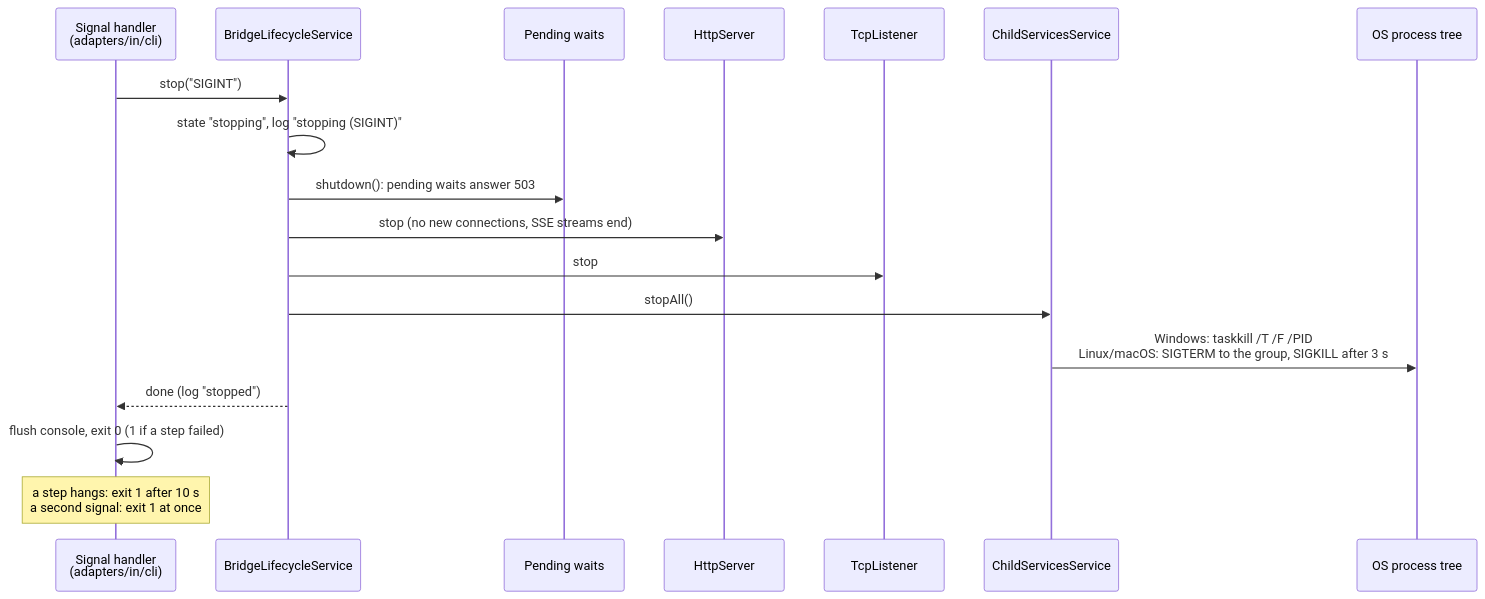
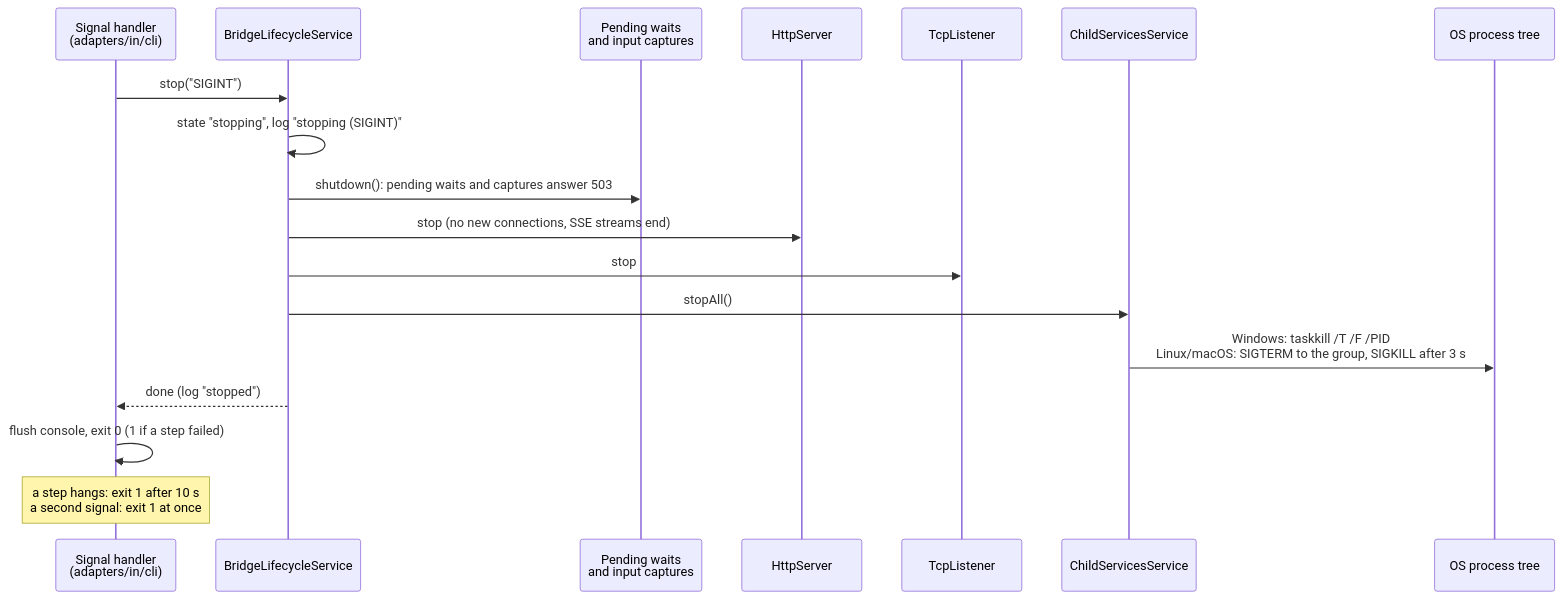
The second of 2 diagrams in docs/implementation/flows/lifecycle.md (TimoSto/screenreader-speech-capture), drawn with Mermaid before and after one commit. The commit also changed 48 other files, not shown here.

````diff
--- a/docs/implementation/flows/lifecycle.md
+++ b/docs/implementation/flows/lifecycle.md
@@ -51,21 +51,21 @@
 ```mermaid
 sequenceDiagram
     participant Sig as Signal handler<br/>(adapters/in/cli)
     participant LC as BridgeLifecycleService
-    participant W as Pending waits
+    participant W as Pending waits<br/>and input captures
     participant HTTP as HttpServer
     participant TCP as TcpListener
     participant CS as ChildServicesService
     participant OS as OS process tree
 
     Sig->>LC: stop("SIGINT")
     LC->>LC: state "stopping", log "stopping (SIGINT)"
-    LC->>W: shutdown(): pending waits answer 503
+    LC->>W: shutdown(): pending waits and captures answer 503
     LC->>HTTP: stop (no new connections, SSE streams end)
     LC->>TCP: stop
     LC->>CS: stopAll()
     CS->>OS: Windows: taskkill /T /F /PID<br/>Linux/macOS: SIGTERM to the group, SIGKILL after 3 s
     LC-->>Sig: done (log "stopped")
     Sig->>Sig: flush console, exit 0 (1 if a step failed)
     Note over Sig: a step hangs: exit 1 after 10 s<br/>a second signal: exit 1 at once
 ```
````
